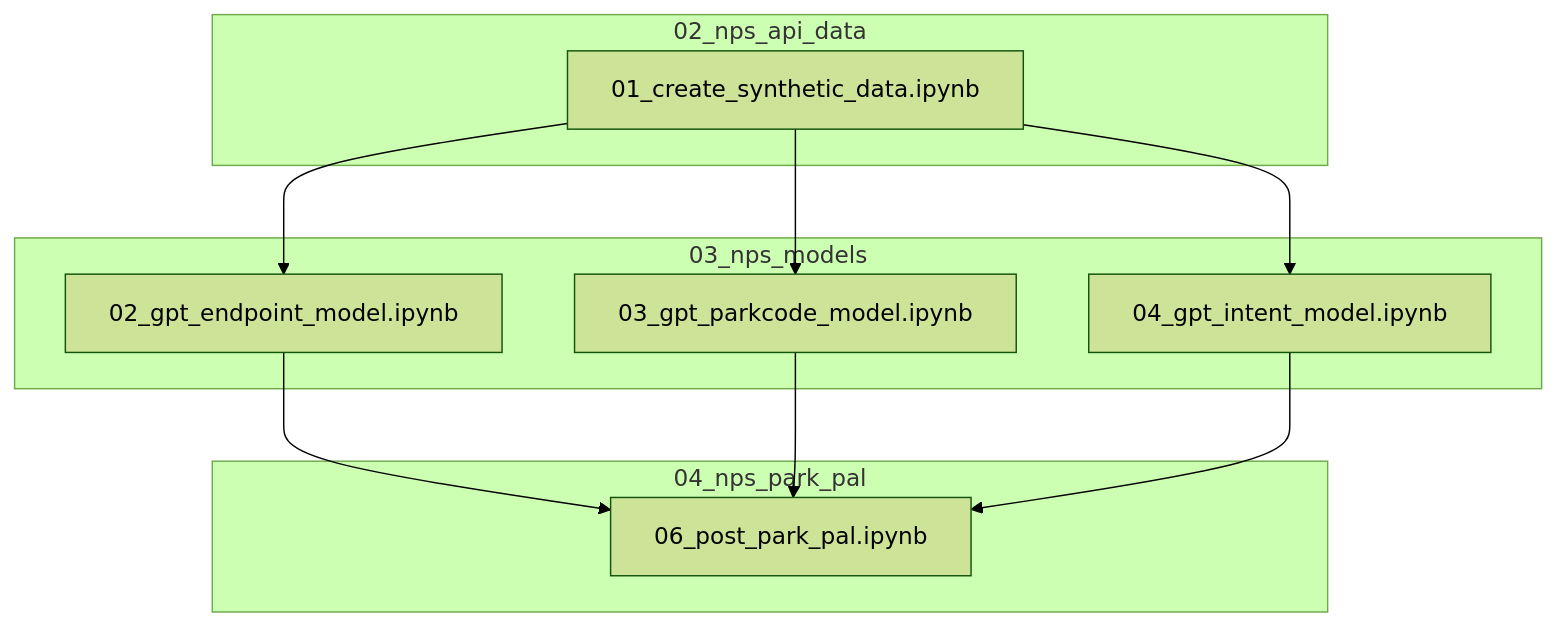
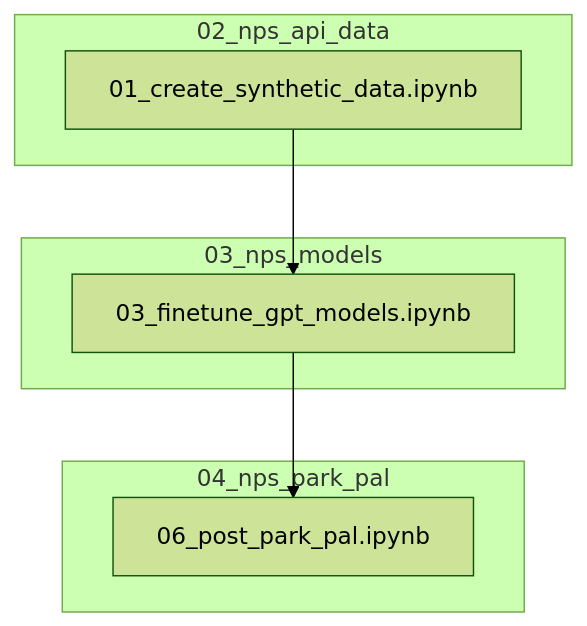
Before and after one commit to nblakkanesser/MADS_Capstone: the diagram in README.md, drawn with Mermaid (forest theme). The commit also changed other lines of this file and 25 other files, not shown here.

Commit message:
Updated gpt and nps model function structure to consolidate and clarify

````diff
--- a/README.md
+++ b/README.md
@@ -103,26 +103,20 @@
 ```mermaid
 flowchart TD
     B[01_create_synthetic_data.ipynb]
-    B --> D[02_gpt_endpoint_model.ipynb]
-    B --> E[03_gpt_parkcode_model.ipynb]
-    B --> F[04_gpt_intent_model.ipynb]
+    B --> D[03_finetune_gpt_models.ipynb]
     G[06_post_park_pal.ipynb]
     D --> G
-    E --> G
-    F --> G
 
 
     subgraph Folder1 [02_nps_api_data]
         B
     end
 
     subgraph Folder2 [03_nps_models]
         D
-        E
-        F
     end
 
     subgraph Folder3 [04_nps_park_pal]
         G
     end
 ```
````
